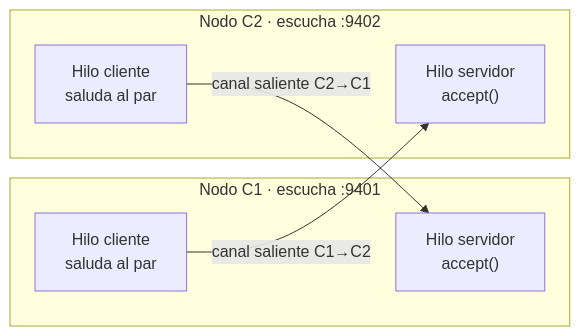
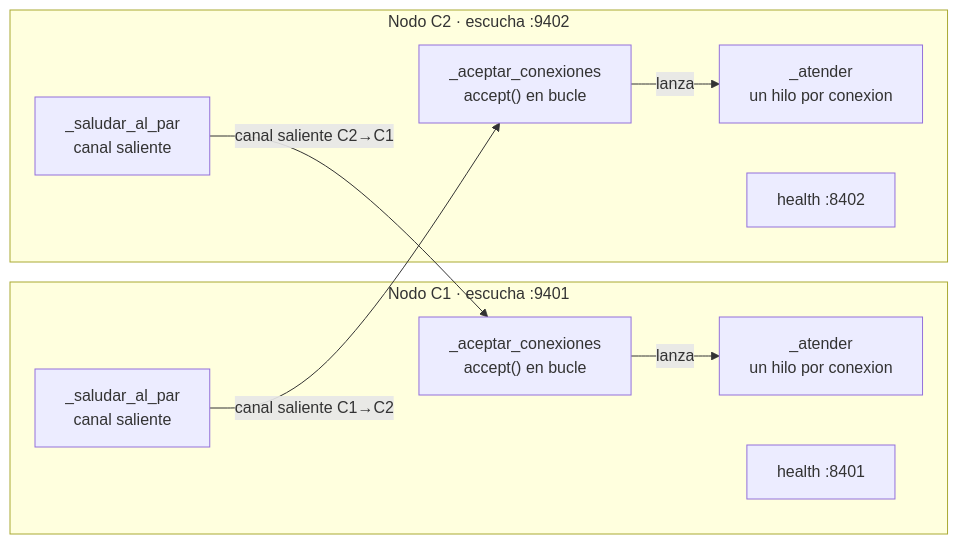
The diagram in hit4/README.md (mnomico/sdypp_tp1), drawn with Mermaid before and after one commit. The commit also changed 3 other files, not shown here.

Commit message:
correciones chicas en los diagramas

````diff
--- a/hit4/README.md
+++ b/hit4/README.md
@@ -14,13 +14,19 @@
 ```mermaid
 graph LR
     subgraph C1["Nodo C1 · escucha :9401"]
-        S1["Hilo servidor<br/>accept()"]
-        CL1["Hilo cliente<br/>saluda al par"]
+        S1["_aceptar_conexiones<br/>accept() en bucle"]
+        A1["_atender<br/>un hilo por conexion"]
+        CL1["_saludar_al_par<br/>canal saliente"]
+        H1["health :8401"]
+        S1 -->|"lanza"| A1
     end
     subgraph C2["Nodo C2 · escucha :9402"]
-        S2["Hilo servidor<br/>accept()"]
-        CL2["Hilo cliente<br/>saluda al par"]
+        S2["_aceptar_conexiones<br/>accept() en bucle"]
+        A2["_atender<br/>un hilo por conexion"]
+        CL2["_saludar_al_par<br/>canal saliente"]
+        H2["health :8402"]
+        S2 -->|"lanza"| A2
     end
     CL1 -->|"canal saliente C1→C2"| S2
     CL2 -->|"canal saliente C2→C1"| S1
 ```
````
